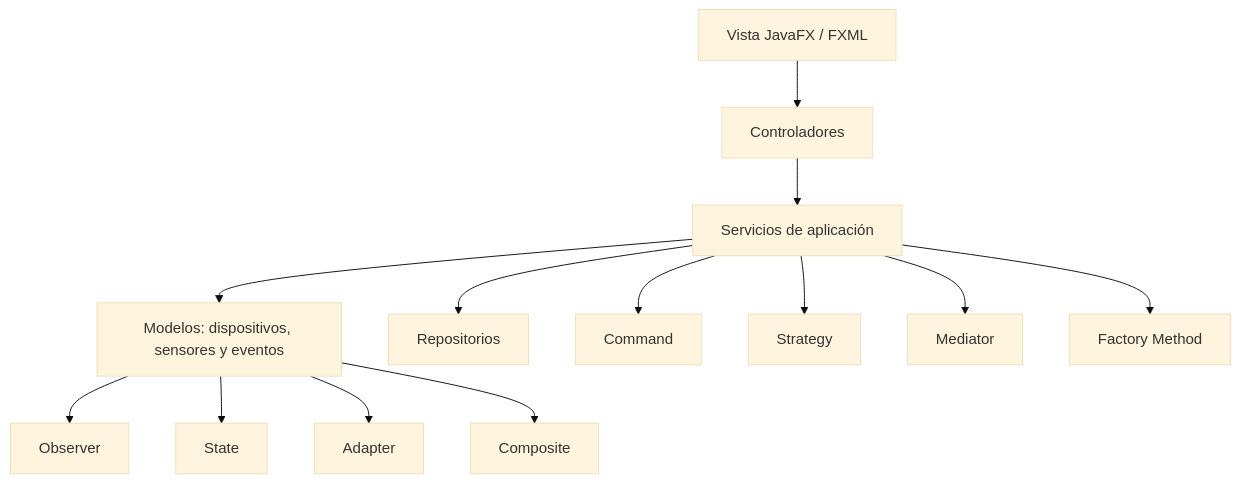
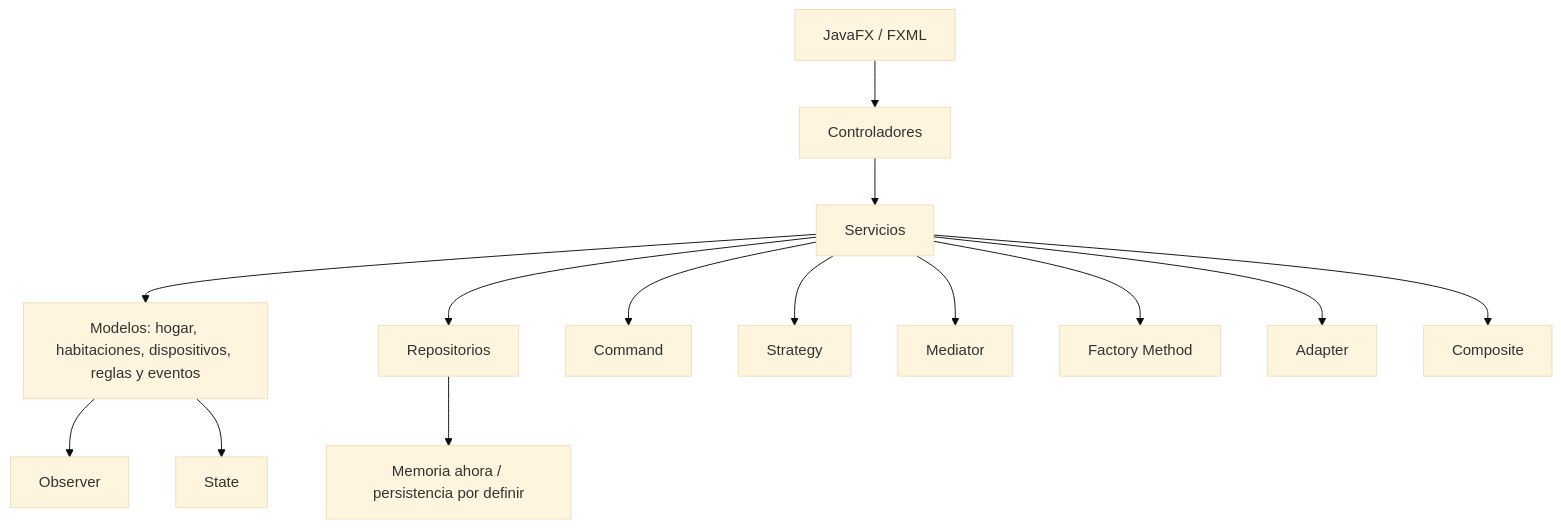
Before and after one commit to JUAN-404-NOT-FOUND/hogares_inteligentes: the diagram in docs/architecture.md, drawn with Mermaid (base theme). The commit also changed other lines of this file and 33 other files, not shown here.

````diff
--- a/docs/architecture.md
+++ b/docs/architecture.md
@@ -7,15 +7,16 @@
 ```mermaid
 flowchart TD
-    V[Vista JavaFX / FXML] --> C[Controladores]
-    C --> S[Servicios de aplicación]
-    S --> M[Modelos: dispositivos, sensores y eventos]
+    V[JavaFX / FXML] --> C[Controladores]
+    C --> S[Servicios]
+    S --> M[Modelos: hogar, habitaciones, dispositivos, reglas y eventos]
     S --> R[Repositorios]
+    R --> DB[Memoria ahora / persistencia por definir]
     M --> O[Observer]
     M --> ST[State]
     S --> CM[Command]
     S --> STR[Strategy]
     S --> MED[Mediator]
     S --> F[Factory Method]
-    M --> A[Adapter]
-    M --> CO[Composite]
+    S --> AD[Adapter]
+    S --> CO[Composite]
 ```
````
